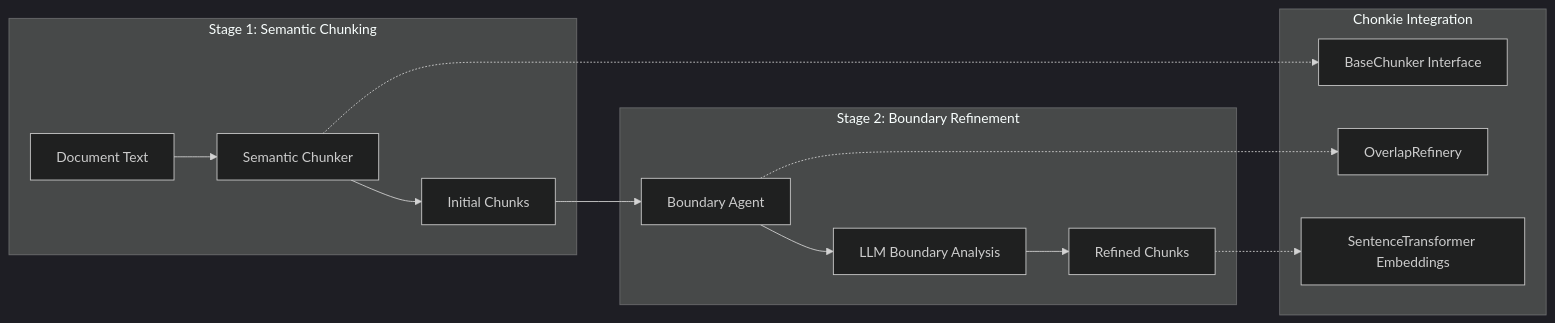
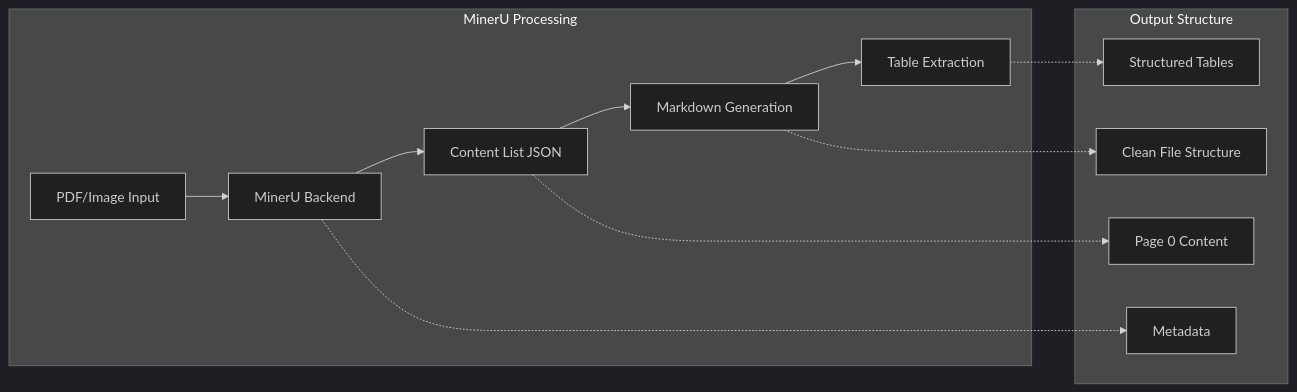
The fifth of 9 diagrams in README.md (h19overflow/scaled_processing), drawn with Mermaid (dark theme) before and after one commit. The commit also changed other lines of this file, not shown here.

First line of the commit message:
docs(README): update system overview and architecture details

````diff
--- a/README.md
+++ b/README.md
@@ -198,23 +217,21 @@
 ```mermaid
 flowchart LR
-    subgraph "Stage 1: Semantic Chunking"
-        A[Document Text] --> B[Semantic Chunker]
-        B --> C[Initial Chunks]
+    subgraph "MinerU Processing"
+        A[PDF/Image Input] --> B[MinerU Backend]
+        B --> C[Content List JSON]
+        C --> D[Markdown Generation]
+        D --> E[Table Extraction]
     end
 
-    subgraph "Stage 2: Boundary Refinement"
-        C --> D[Boundary Agent]
-        D --> E[LLM Boundary Analysis]
-        E --> F[Refined Chunks]
+    subgraph "Output Structure"
+        F[Page 0 Content]
+        G[Structured Tables]
+        H[Metadata]
+        I[Clean File Structure]
     end
 
-    subgraph "Chonkie Integration"
-        G[BaseChunker Interface]
-        H[OverlapRefinery]
-        I[SentenceTransformer Embeddings]
-    end
-
-    B -.-> G
-    D -.-> H
-    F -.-> I
+    C -.-> F
+    E -.-> G
+    B -.-> H
+    D -.-> I
 ```
````
